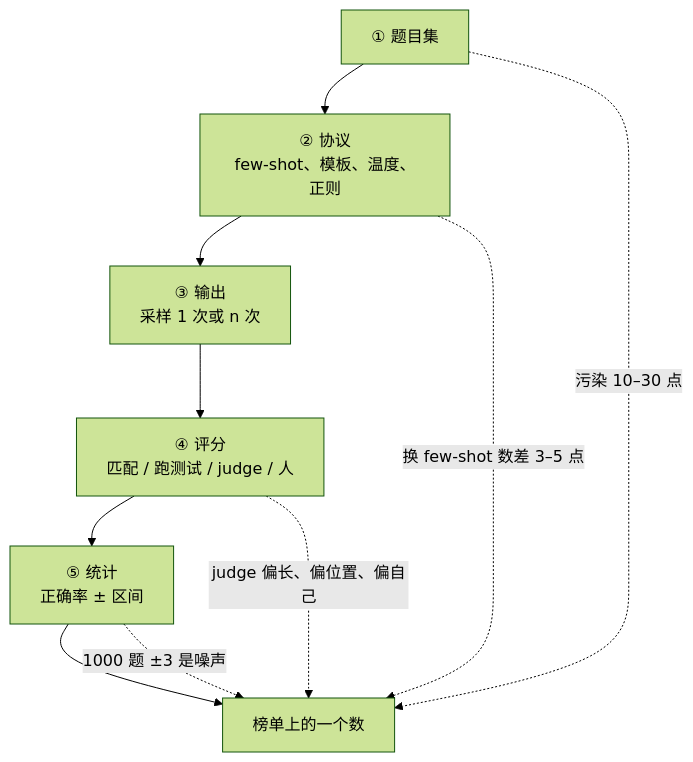
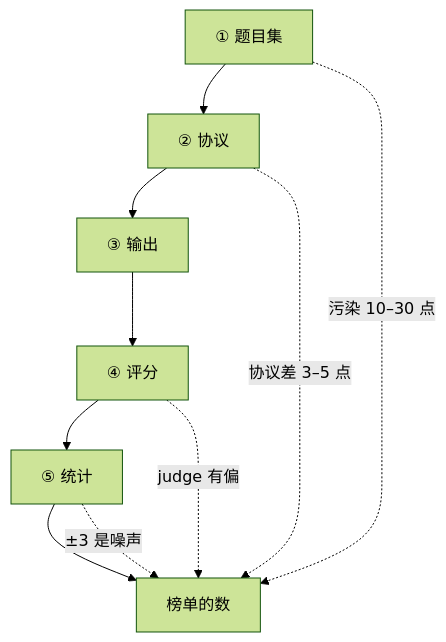
Before and after one commit to arganzheng/arganzheng.github.com: the seventh of 7 diagrams in slides/2026-04-23-post-training.md, drawn with Mermaid (forest theme). The commit also changed other lines of this file, not shown here.

Commit message:
slides/post-training: cut/shorten mermaid diagrams below 14px rendered text (check-render smalltext/overlap)

````diff
--- a/slides/2026-04-23-post-training.md
+++ b/slides/2026-04-23-post-training.md
@@ -300,9 +300,10 @@
 ```mermaid
 %%{init: {"flowchart": {"wrappingWidth": 190}}}%%
 flowchart TB
-    A["① 题目集"] --> B["② 协议<br/>few-shot、模板、温度、正则"] --> C["③ 输出<br/>采样 1 次或 n 次"] --> D["④ 评分<br/>匹配 / 跑测试 / judge / 人"] --> E["⑤ 统计<br/>正确率 ± 区间"] --> F["榜单上的一个数"]
+    A["① 题目集"] --> B["② 协议"] --> C["③ 输出"] --> D["④ 评分"] --> E["⑤ 统计"] --> F["榜单的数"]
     A -. "污染 10–30 点" .-> F
-    B -. "换 few-shot 数差 3–5 点" .-> F
-    D -. "judge 偏长、偏位置、偏自己" .-> F
-    E -. "1000 题 ±3 是噪声" .-> F
+
+    B -. "协议差 3–5 点" .-> F
+    D -. "judge 有偏" .-> F
+    E -. "±3 是噪声" .-> F
 ```
````
